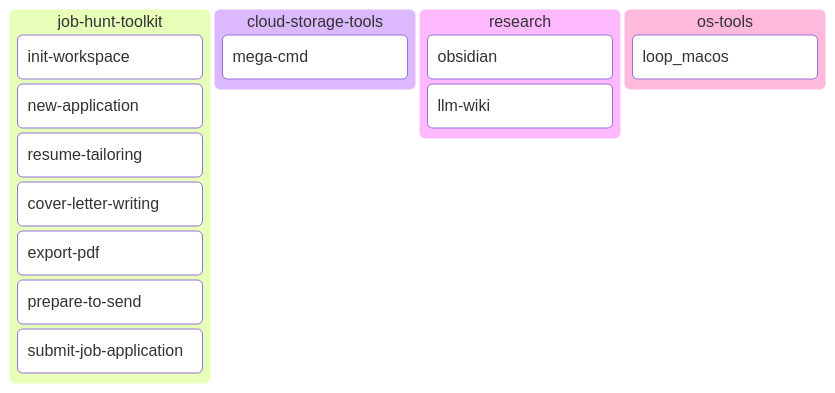
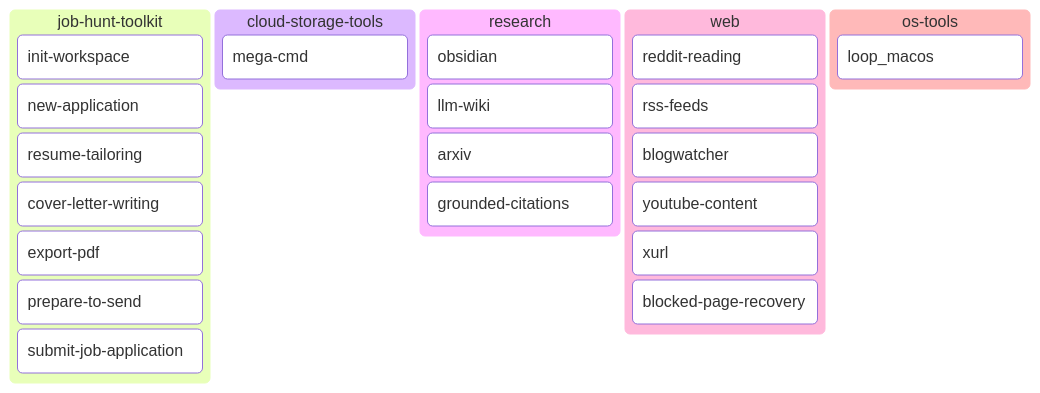
One commit to Alex-Kopylov/zweihander changed the first of 4 diagrams in README.md. Above: the diagram before and after it, drawn with Mermaid. The commit also changed other lines of this file and 48 other files, not shown here.

Commit message:
feat(web): add web plugin with reddit, feeds, youtube, xurl, and page-recovery skills

````diff
--- a/README.md
+++ b/README.md
@@ -44,18 +44,27 @@
 ```mermaid
 kanban
   job_hunt_toolkit[job-hunt-toolkit]
     jht_init_workspace[init-workspace]
     jht_new_application[new-application]
     jht_resume_tailoring[resume-tailoring]
     jht_cover_letter_writing[cover-letter-writing]
     jht_export_pdf[export-pdf]
     jht_prepare_to_send[prepare-to-send]
     jht_submit_job_application[submit-job-application]
   cloud_storage_tools[cloud-storage-tools]
     cst_mega_cmd[mega-cmd]
   research[research]
     research_obsidian[obsidian]
     research_llm_wiki[llm-wiki]
+    research_arxiv[arxiv]
+    research_grounded_citations[grounded-citations]
+  web[web]
+    web_reddit_reading[reddit-reading]
+    web_rss_feeds[rss-feeds]
+    web_blogwatcher[blogwatcher]
+    web_youtube_content[youtube-content]
+    web_xurl[xurl]
+    web_blocked_page_recovery[blocked-page-recovery]
   os_tools[os-tools]
     os_loop_macos[loop_macos]
 ```
````
